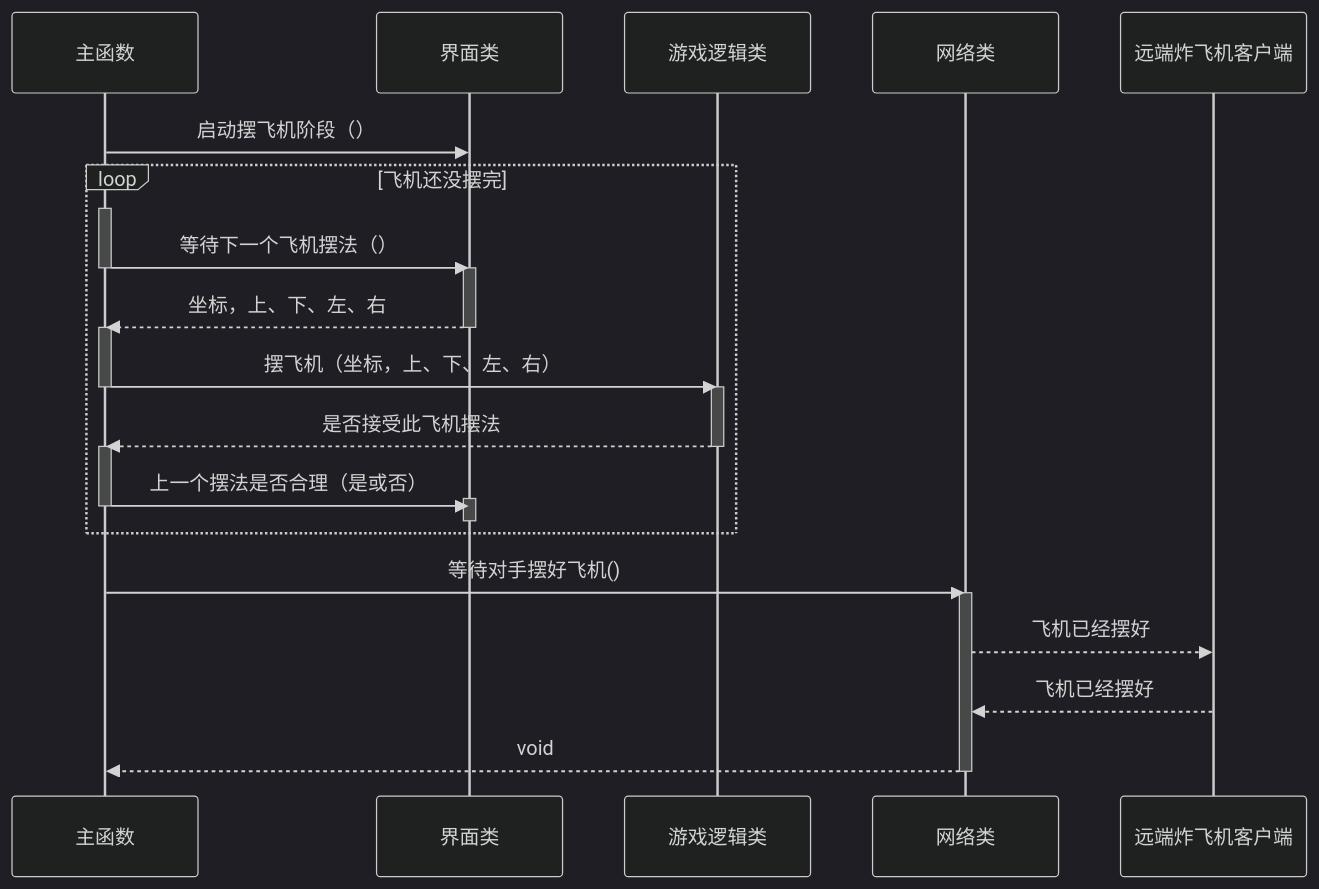
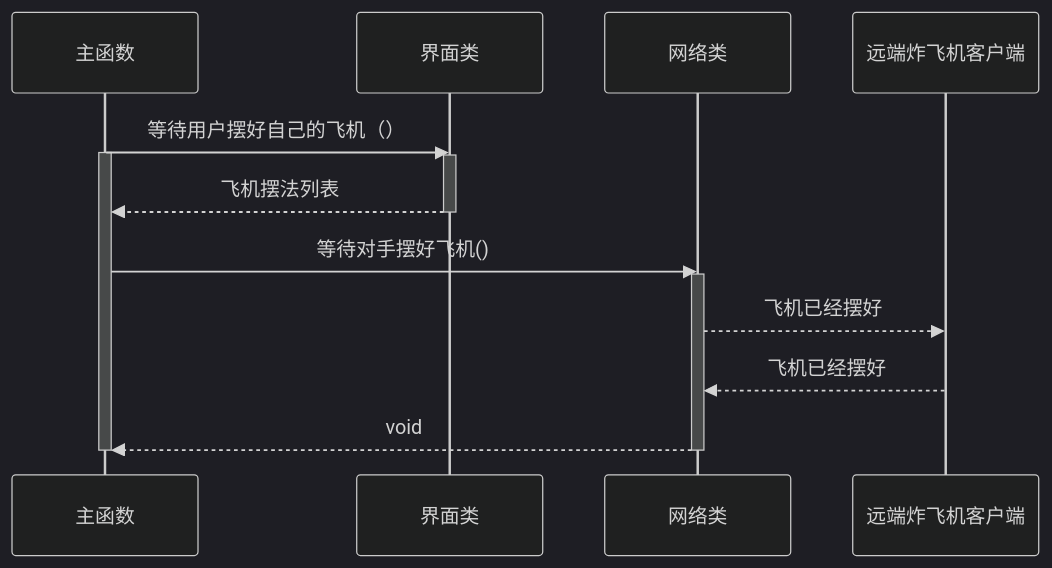
The third of 5 diagrams in README.md (li6in9muyou/bomb-airfield-game), drawn with Mermaid (dark theme) before and after one commit. The commit also changed other lines of this file, not shown here.

Commit message:
Revert "文档：游戏反馈飞机摆法是否合理"

````diff
--- a/README.md
+++ b/README.md
@@ -203,36 +203,21 @@
 ```mermaid
 sequenceDiagram
 
 participant main as 主函数
 participant ui as 界面类
-participant gameLogic as 游戏逻辑类
 participant socket as 网络类
 participant remote as 远端炸飞机客户端
 
-main ->> ui: 启动摆飞机阶段（）
-loop 飞机还没摆完
+main ->> ui: 等待用户摆好自己的飞机（）
 activate main
-main ->> ui: 等待下一个飞机摆法（）
-deactivate main
 activate ui
-ui -->> main: 坐标，上、下、左、右
+ui -->> main: 飞机摆法列表
 deactivate ui
-activate main
-main ->> gameLogic: 摆飞机（坐标，上、下、左、右）
-deactivate main
-activate gameLogic
-gameLogic -->> main: 是否接受此飞机摆法
-deactivate gameLogic
-activate main
-main ->> ui: 上一个摆法是否合理（是或否）
-deactivate main
-activate ui
-deactivate ui
-end
 main ->> socket: 等待对手摆好飞机()
 activate socket
 socket -->> remote: 飞机已经摆好
 remote -->> socket: 飞机已经摆好
 socket -->> main: void
 deactivate socket
+deactivate main
 ```
````
